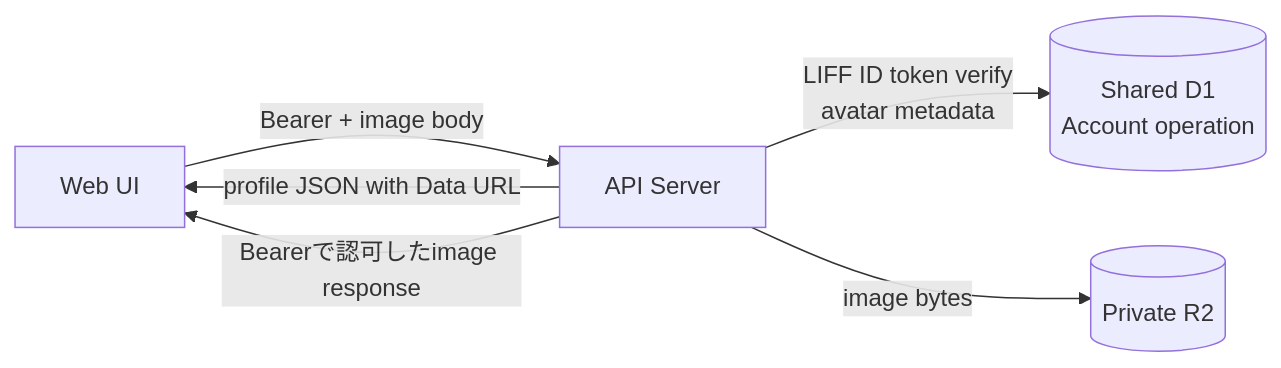
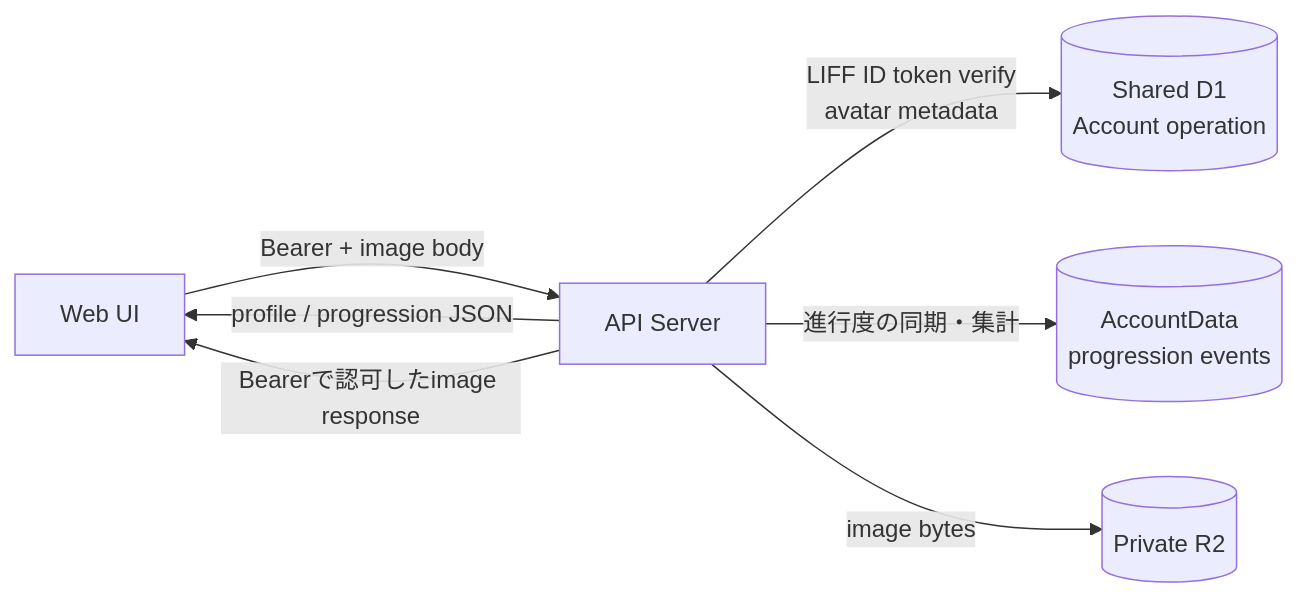
One commit to kkyosuke/me-builder changed the diagram in docs/development/profile-api.md. Above: the diagram before and after it, drawn with Mermaid. The commit also changed other lines of this file and 31 other files, not shown here.

Commit message:
feat(profile): connect utsushi progression to brain data

````diff
--- a/docs/development/profile-api.md
+++ b/docs/development/profile-api.md
@@ -90,8 +112,9 @@
 ```mermaid
 flowchart LR
     W[Web UI] -->|Bearer + image body| API[API Server]
     API -->|LIFF ID token verify<br/>avatar metadata| D1[(Shared D1<br/>Account operation)]
+    API -->|進行度の同期・集計| AD[(AccountData<br/>progression events)]
     API -->|image bytes| R2[(Private R2)]
-    API -->|profile JSON with Data URL| W
+    API -->|profile / progression JSON| W
     API -->|Bearerで認可したimage response| W
 ```
````
